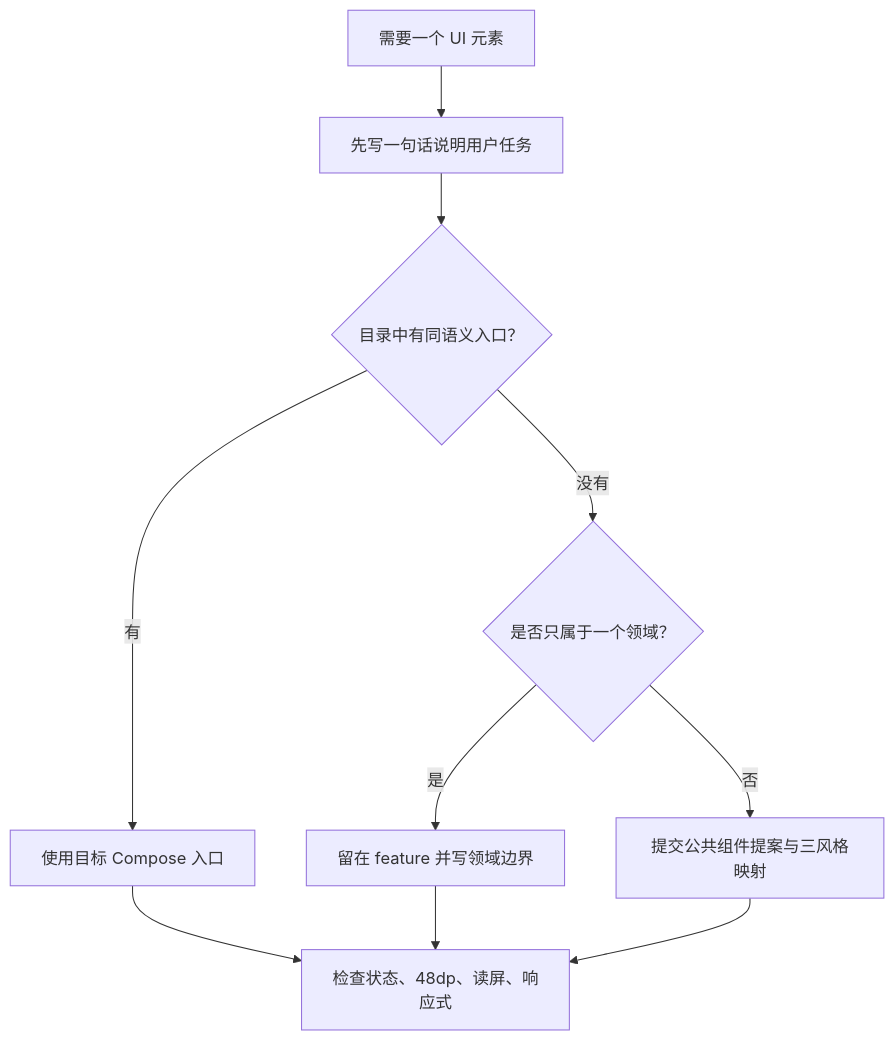
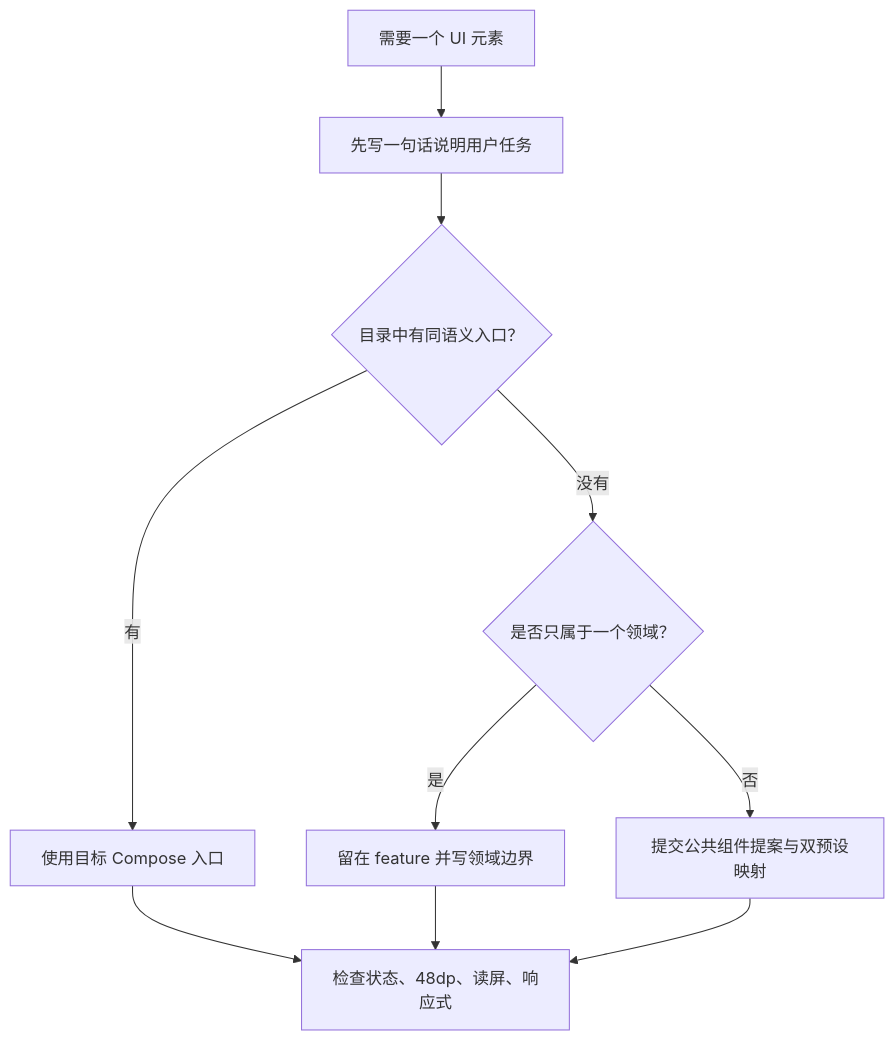
The diagram in docs/wiki/ui-design/components/README.md (Beransnow/BiliPai), drawn with Mermaid before and after one commit. The commit also changed other lines of this file and 32 other files, not shown here.

````diff
--- a/docs/wiki/ui-design/components/README.md
+++ b/docs/wiki/ui-design/components/README.md
@@ -17,12 +17,12 @@
 ```mermaid
 flowchart TD
     Need["需要一个 UI 元素"] --> Semantic["先写一句话说明用户任务"]
     Semantic --> Existing{"目录中有同语义入口？"}
     Existing -->|有| Reuse["使用目标 Compose 入口"]
     Existing -->|没有| Domain{"是否只属于一个领域？"}
     Domain -->|是| Feature["留在 feature 并写领域边界"]
-    Domain -->|否| Proposal["提交公共组件提案与三风格映射"]
+    Domain -->|否| Proposal["提交公共组件提案与双预设映射"]
     Reuse --> Verify["检查状态、48dp、读屏、响应式"]
     Feature --> Verify
     Proposal --> Verify
 ```
````
